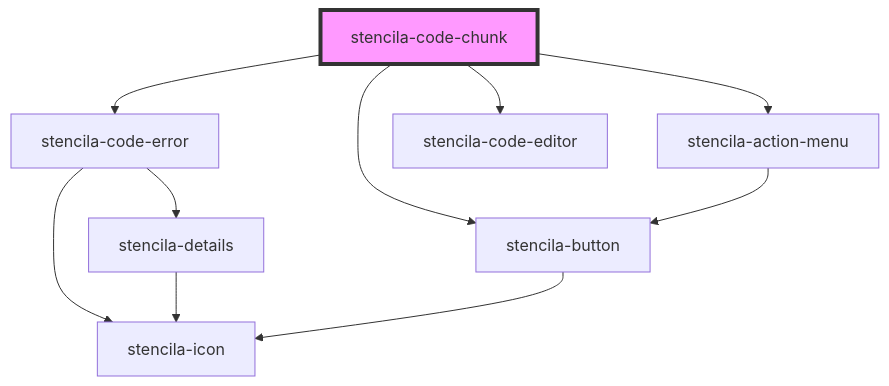
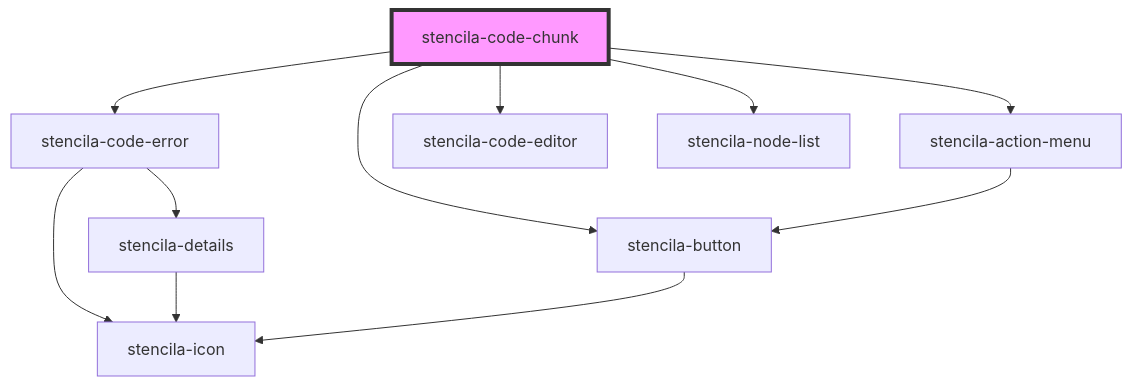
One commit to stencila/designa changed the diagram in packages/components/src/components/codeChunk/readme.md. Above: the diagram before and after it, drawn with Mermaid. The commit also changed other lines of this file and 11 other files, not shown here.

Commit message:
feat(NodeList): Add stencila-node-list component

````diff
--- a/packages/components/src/components/codeChunk/readme.md
+++ b/packages/components/src/components/codeChunk/readme.md
@@ -45,13 +46,14 @@
 ```mermaid
 graph TD;
   stencila-code-chunk --> stencila-code-error
   stencila-code-chunk --> stencila-action-menu
   stencila-code-chunk --> stencila-button
   stencila-code-chunk --> stencila-code-editor
+  stencila-code-chunk --> stencila-node-list
   stencila-code-error --> stencila-icon
   stencila-code-error --> stencila-details
   stencila-details --> stencila-icon
   stencila-action-menu --> stencila-button
   stencila-button --> stencila-icon
   style stencila-code-chunk fill:#f9f,stroke:#333,stroke-width:4px
 ```
````
